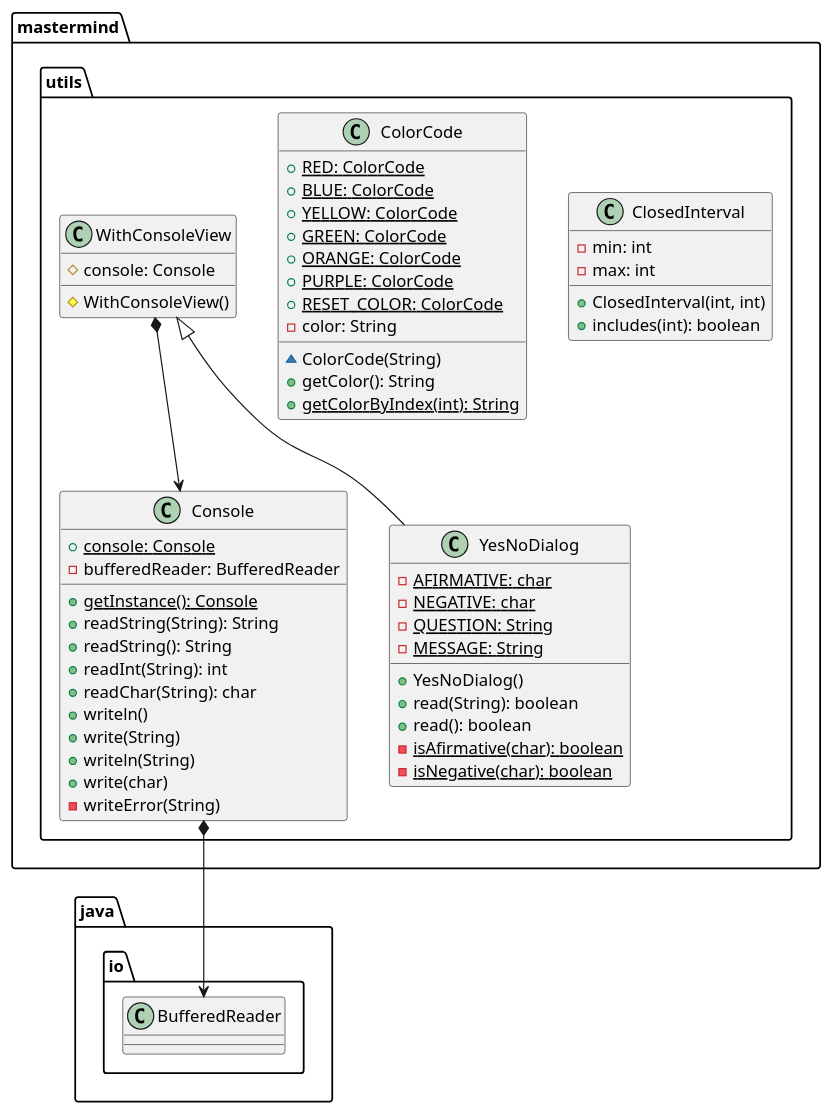
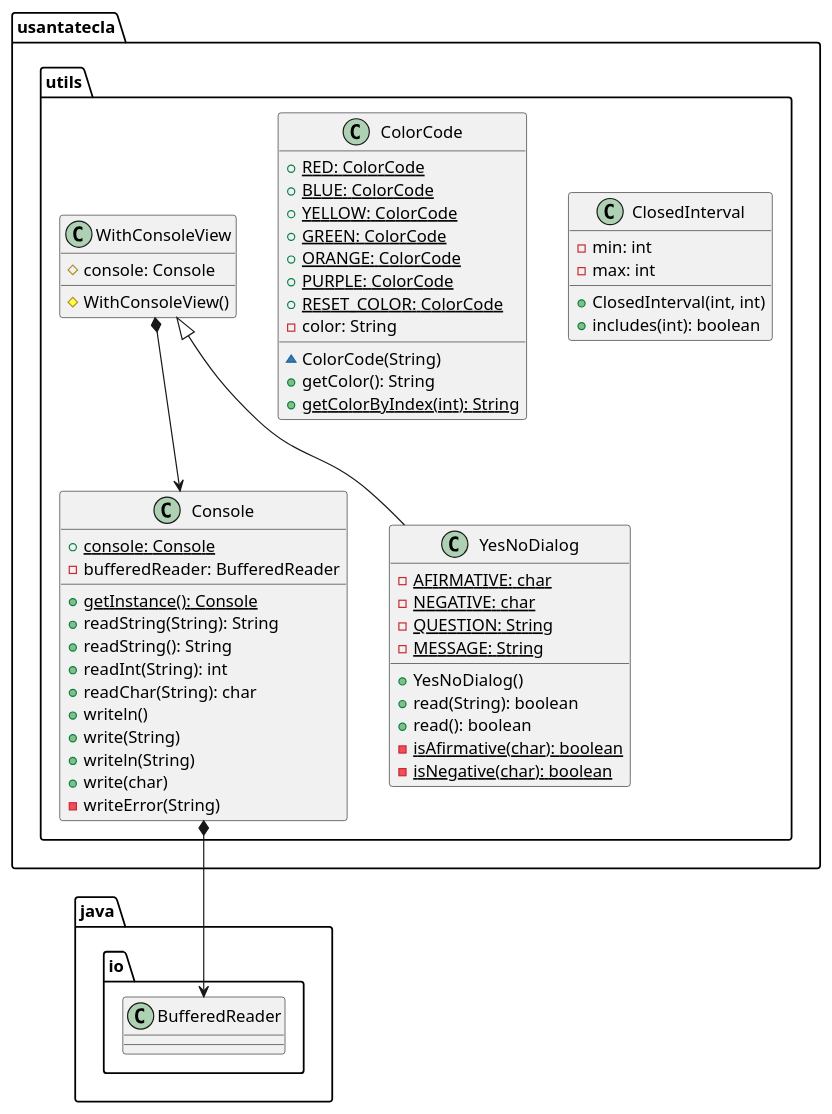
The second of 2 diagrams in domainModel/docs/diagrams/src/paquetes.plantuml (SantaTecla-mastermind/solution.java.swing.socket.sql), drawn with PlantUML before and after one commit. The commit also changed other lines of this file and 2 other files, not shown here.

Commit message:
domainModel diagrams finished #2

```diff
--- a/domainModel/docs/diagrams/src/paquetes.plantuml
+++ b/domainModel/docs/diagrams/src/paquetes.plantuml
@@ -147,57 +148,57 @@
 @startuml usantatecla.utils
-class  mastermind.utils.ClosedInterval{
+class  usantatecla.utils.ClosedInterval{
 - min: int
 - max: int
 + ClosedInterval(int, int)
 + includes(int): boolean
 }
 
-class  mastermind.utils.ColorCode{
+class  usantatecla.utils.ColorCode{
 + {static} RED: ColorCode
 + {static} BLUE: ColorCode
 + {static} YELLOW: ColorCode
 + {static} GREEN: ColorCode
 + {static} ORANGE: ColorCode
 + {static} PURPLE: ColorCode
 + {static} RESET_COLOR: ColorCode
 - color: String
 ~ ColorCode(String)
 + getColor(): String
 + {static} getColorByIndex(int): String
 }
 
-class  mastermind.utils.Console{
+class  usantatecla.utils.Console{
 + {static} console: Console
 - bufferedReader: BufferedReader
 + {static} getInstance(): Console
 + readString(String): String
 + readString(): String
 + readInt(String): int
 + readChar(String): char
 + writeln()
 + write(String)
 + writeln(String)
 + write(char)
 - writeError(String)
 }
-mastermind.utils.Console *-down-> java.io.BufferedReader
+usantatecla.utils.Console *-down-> java.io.BufferedReader
 
-class  mastermind.utils.WithConsoleView{
+class  usantatecla.utils.WithConsoleView{
 # console: Console
 # WithConsoleView()
 }
-mastermind.utils.WithConsoleView *-down-> mastermind.utils.Console
+usantatecla.utils.WithConsoleView *-down-> usantatecla.utils.Console
 
-class  mastermind.utils.YesNoDialog{
+class  usantatecla.utils.YesNoDialog{
 - {static} AFIRMATIVE: char
 - {static} NEGATIVE: char
 - {static} QUESTION: String
 - {static} MESSAGE: String
 + YesNoDialog()
 + read(String): boolean
 + read(): boolean
 - {static} isAfirmative(char): boolean
 - {static} isNegative(char): boolean
 }
-mastermind.utils.WithConsoleView <|-down- mastermind.utils.YesNoDialog
+usantatecla.utils.WithConsoleView <|-down- usantatecla.utils.YesNoDialog
 @enduml
```
